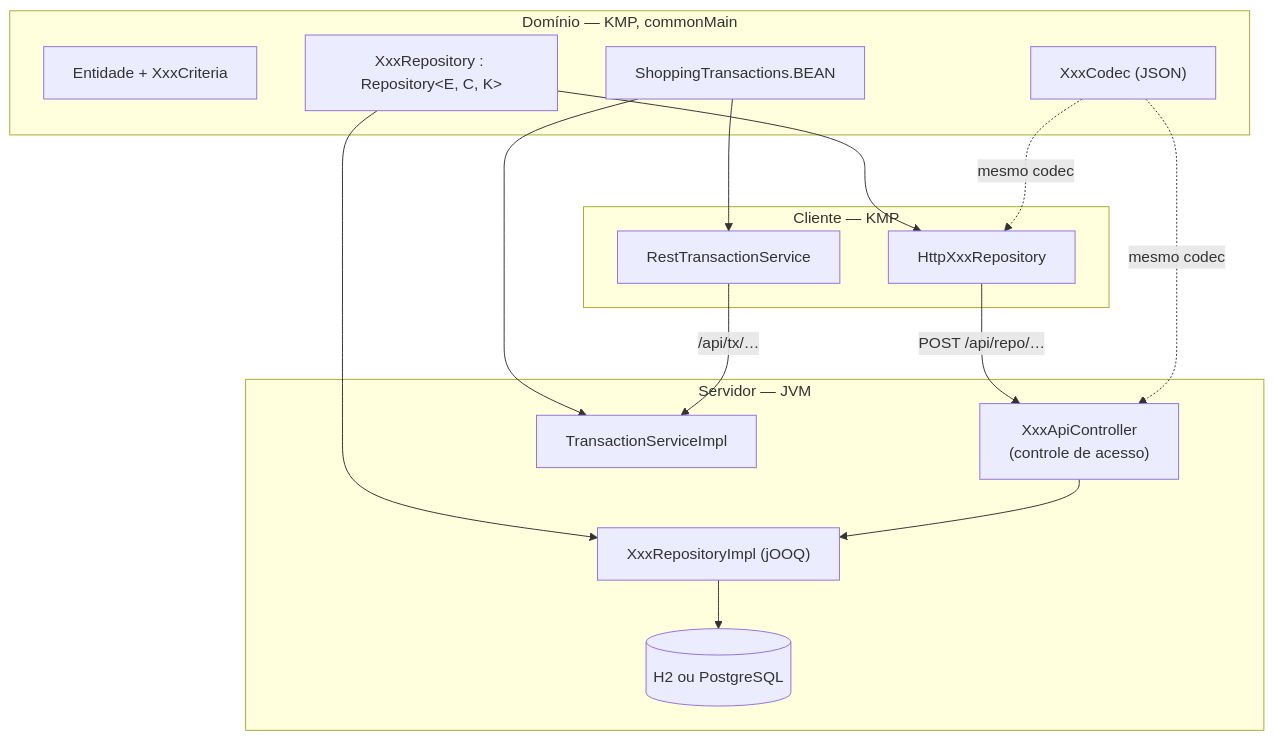
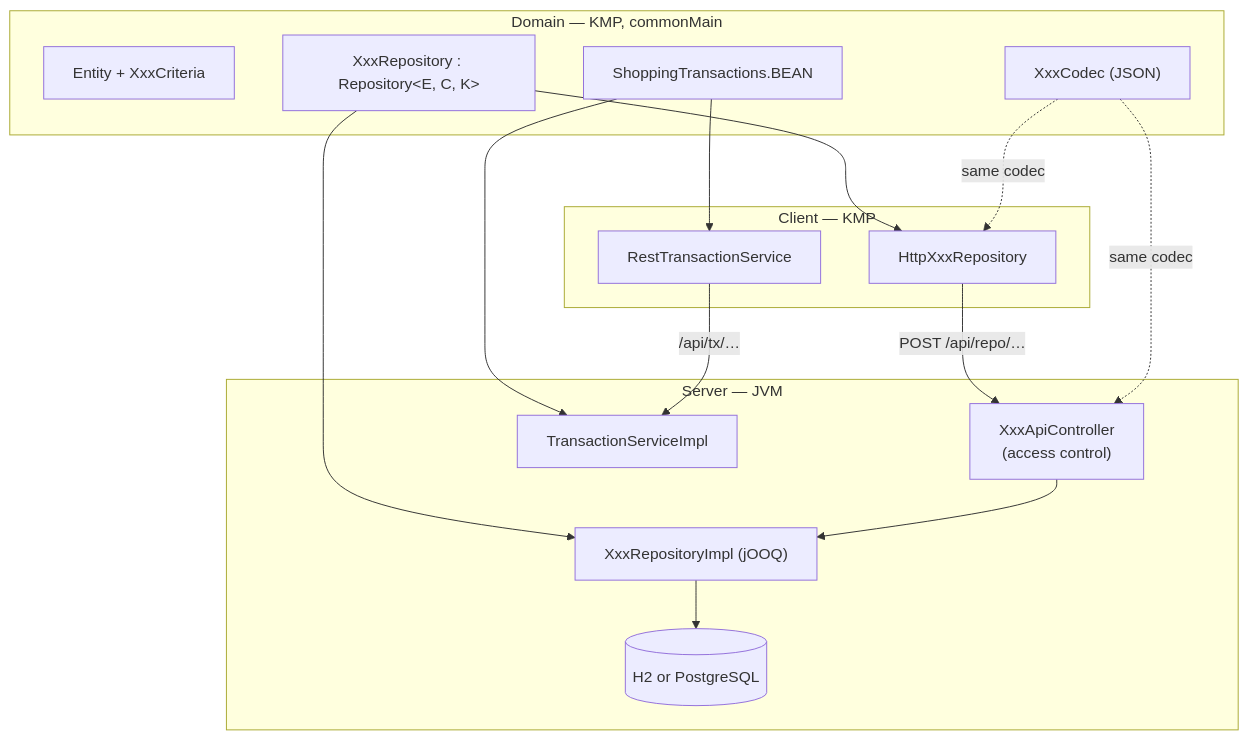
Before and after one commit to mrcdom/wdc-cube-kotlin: the diagram in docs/architecture-persistence.md, drawn with Mermaid. The commit also changed other lines of this file and 10 other files, not shown here.

First line of the commit message:
docs: architecture docs and top-level READMEs in US English

````diff
--- a/docs/architecture-persistence.md
+++ b/docs/architecture-persistence.md
@@ -26,32 +26,32 @@
 ```mermaid
 graph TB
-    subgraph "Domínio — KMP, commonMain"
-        ENT["Entidade + XxxCriteria"]
+    subgraph "Domain — KMP, commonMain"
+        ENT["Entity + XxxCriteria"]
         REPO["XxxRepository : Repository&lt;E, C, K&gt;"]
         CODEC["XxxCodec (JSON)"]
         TX["ShoppingTransactions.BEAN"]
     end
 
-    subgraph "Servidor — JVM"
+    subgraph "Server — JVM"
         IMPL["XxxRepositoryImpl (jOOQ)"]
-        CTRL["XxxApiController<br/>(controle de acesso)"]
+        CTRL["XxxApiController<br/>(access control)"]
         TXS["TransactionServiceImpl"]
-        DB[("H2 ou PostgreSQL")]
+        DB[("H2 or PostgreSQL")]
     end
 
-    subgraph "Cliente — KMP"
+    subgraph "Client — KMP"
         HTTP["HttpXxxRepository"]
         RTX["RestTransactionService"]
     end
 
     REPO --> IMPL
     REPO --> HTTP
     IMPL --> DB
     CTRL --> IMPL
     HTTP -- "POST /api/repo/…" --> CTRL
-    CODEC -. "mesmo codec" .-> CTRL
-    CODEC -. "mesmo codec" .-> HTTP
+    CODEC -. "same codec" .-> CTRL
+    CODEC -. "same codec" .-> HTTP
     TX --> TXS
     TX --> RTX
     RTX -- "/api/tx/…" --> TXS
 ```
````
